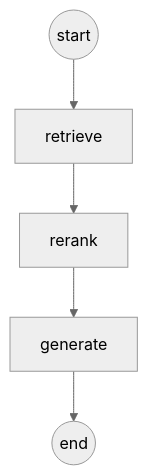
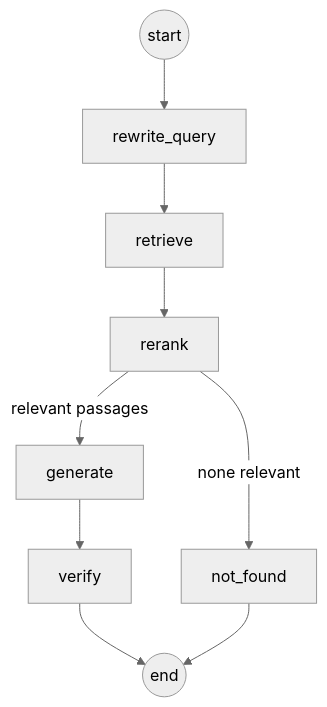
Before and after one commit to rozi-bb/privy: the second of 2 diagrams in docs/architecture.md, drawn with Mermaid (neutral theme). The commit also changed other lines of this file and 25 other files, not shown here.

````diff
--- a/docs/architecture.md
+++ b/docs/architecture.md
@@ -38,7 +38,11 @@
 ```mermaid
 flowchart TD
-    START((start)) --> RET["retrieve"]
+    START((start)) --> RW["rewrite_query"]
+    RW --> RET["retrieve"]
     RET --> RR["rerank"]
-    RR --> GEN["generate"]
-    GEN --> END((end))
+    RR -->|relevant passages| GEN["generate"]
+    RR -->|none relevant| NF["not_found"]
+    GEN --> VER["verify"]
+    VER --> END((end))
+    NF --> END
 ```
````
